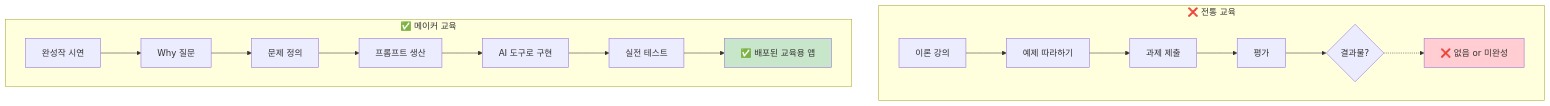
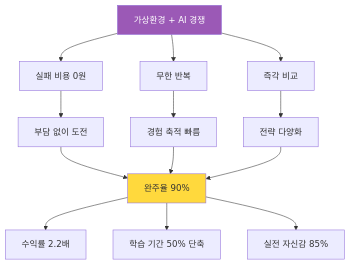
Before and after one commit to Collegenie-X/AI-Vive-Coding: diagram 12 of 14 in Docs/주제/5단계-AI가상환경_실전체험_교육가이드.md, drawn with Mermaid. The commit also changed other lines of this file and 2 other files, not shown here.

````diff
--- a/Docs/주제/5단계-AI가상환경_실전체험_교육가이드.md
+++ b/Docs/주제/5단계-AI가상환경_실전체험_교육가이드.md
@@ -1450,22 +1899,21 @@
 ```mermaid
 graph TB
-    subgraph "❌ 전통 교육"
-        A1[이론 강의] --> A2[예제 따라하기]
-        A2 --> A3[과제 제출]
-        A3 --> A4[평가]
-        A4 --> A5{결과물?}
-        A5 -.-> A6[❌ 없음 or 미완성]
-    end
+    A[가상환경 + AI 경쟁] --> B[실패 비용 0원]
+    A --> C[무한 반복]
+    A --> D[즉각 비교]
     
-    subgraph "✅ 메이커 교육"
-        B1[완성작 시연] --> B2[Why 질문]
-        B2 --> B3[문제 정의]
-        B3 --> B4[프롬프트 생산]
-        B4 --> B5[AI 도구로 구현]
-        B5 --> B6[실전 테스트]
-        B6 --> B7[✅ 배포된 교육용 앱]
-    end
+    B --> E[부담 없이 도전]
+    C --> F[경험 축적 빠름]
+    D --> G[전략 다양화]
     
-    style A6 fill:#ffcdd2
-    style B7 fill:#c8e6c9
+    E --> H[완주율 90%]
+    F --> H
+    G --> H
+    
+    H --> I[수익률 2.2배]
+    H --> J[학습 기간 50% 단축]
+    H --> K[실전 자신감 85%]
+    
+    style A fill:#9B59B6,color:#fff
+    style H fill:#FFD93D
 ```
````
